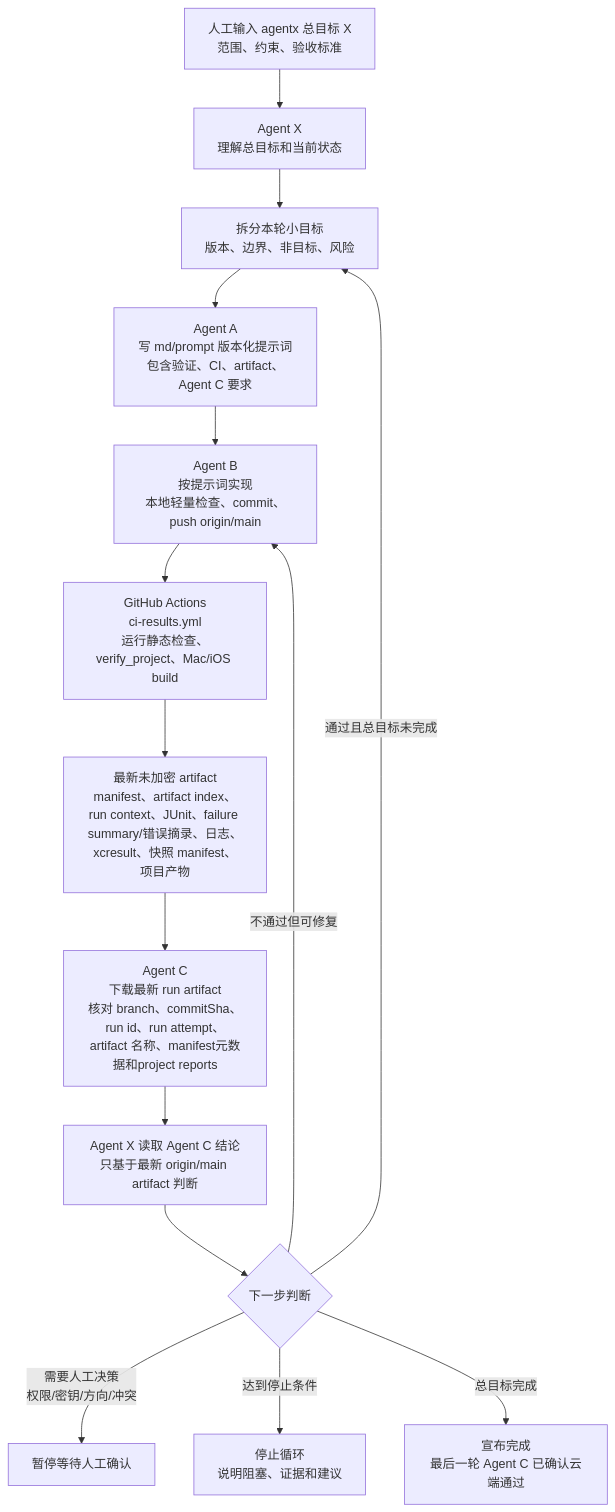
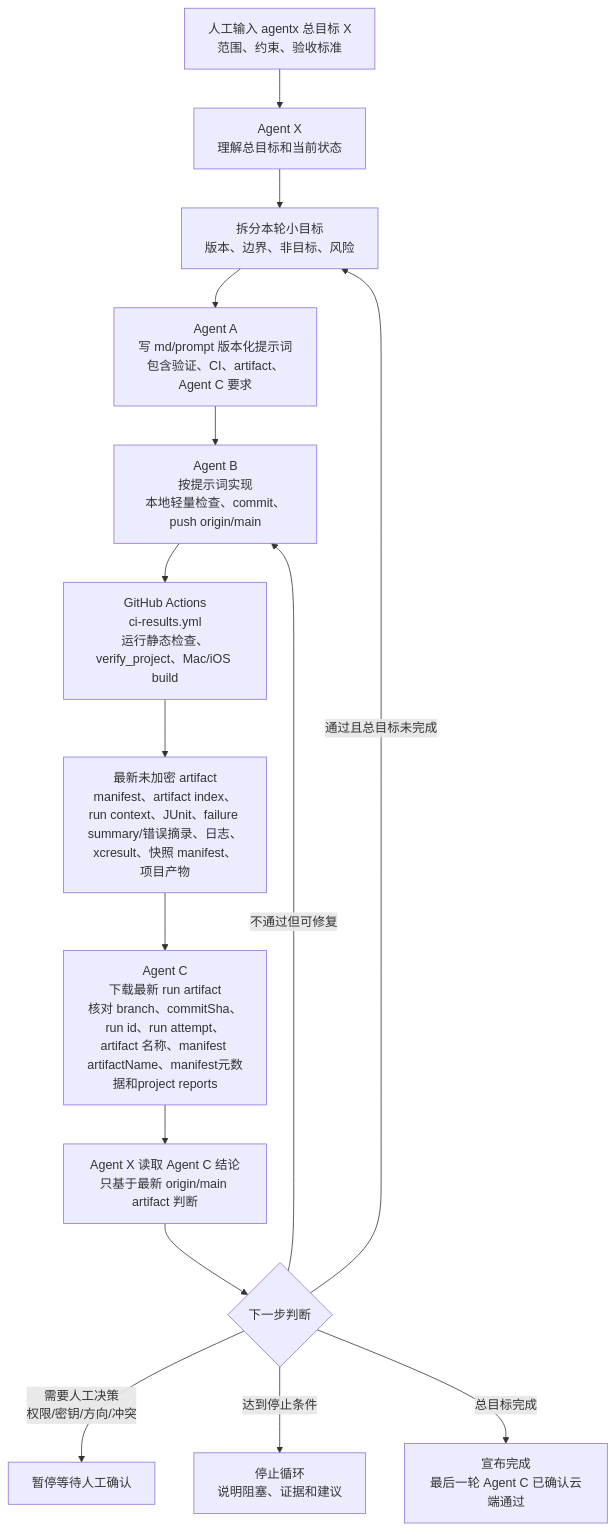
The sixth of 6 diagrams in md/flow/flowchart.md (Altman-sam114/114), drawn with Mermaid before and after one commit. The commit also changed other lines of this file and 8 other files, not shown here.

````diff
--- a/md/flow/flowchart.md
+++ b/md/flow/flowchart.md
@@ -131,17 +131,17 @@
 ```mermaid
 flowchart TD
   H["人工输入 agentx 总目标 X<br/>范围、约束、验收标准"] --> X0["Agent X<br/>理解总目标和当前状态"]
   X0 --> X1["拆分本轮小目标<br/>版本、边界、非目标、风险"]
   X1 --> A["Agent A<br/>写 md/prompt 版本化提示词<br/>包含验证、CI、artifact、Agent C 要求"]
   A --> B["Agent B<br/>按提示词实现<br/>本地轻量检查、commit、push origin/main"]
   B --> CI["GitHub Actions<br/>ci-results.yml<br/>运行静态检查、verify_project、Mac/iOS build"]
   CI --> ART["最新未加密 artifact<br/>manifest、artifact index、run context、JUnit、failure summary/错误摘录、日志、xcresult、快照 manifest、项目产物"]
-  ART --> C["Agent C<br/>下载最新 run artifact<br/>核对 branch、commitSha、run id、run attempt、artifact 名称、manifest元数据和project reports"]
+  ART --> C["Agent C<br/>下载最新 run artifact<br/>核对 branch、commitSha、run id、run attempt、artifact 名称、manifest artifactName、manifest元数据和project reports"]
   C --> X2["Agent X 读取 Agent C 结论<br/>只基于最新 origin/main artifact 判断"]
   X2 --> D{"下一步判断"}
   D -->|通过且总目标未完成| X1
   D -->|不通过但可修复| B
   D -->|需要人工决策<br/>权限/密钥/方向/冲突| P["暂停等待人工确认"]
   D -->|达到停止条件| S["停止循环<br/>说明阻塞、证据和建议"]
   D -->|总目标完成| DONE["宣布完成<br/>最后一轮 Agent C 已确认云端通过"]
 ```
````
